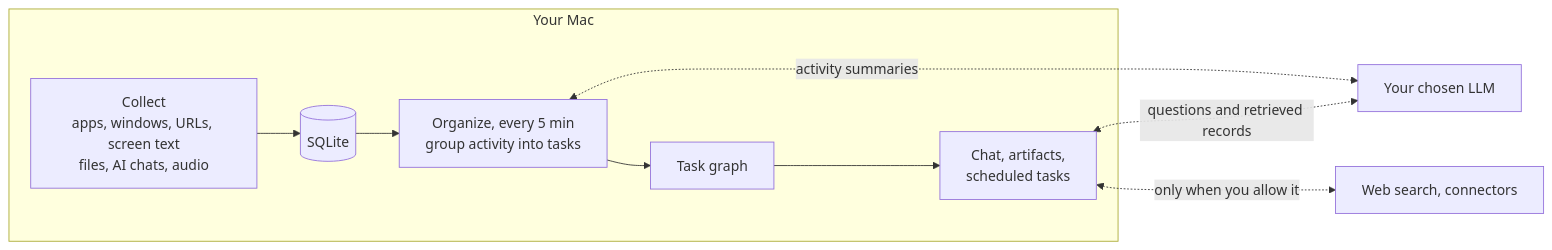
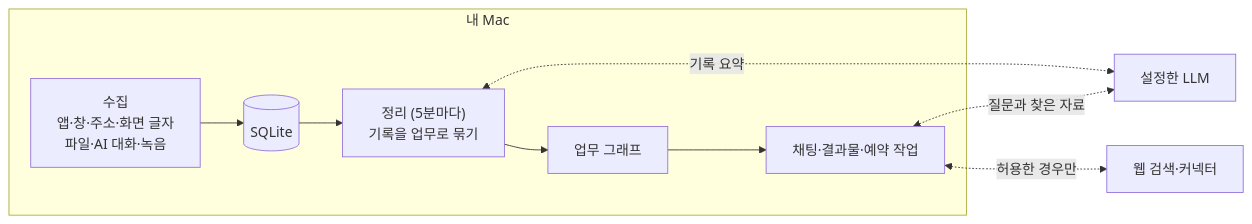
One commit to sillog-admin/SILLOG changed the diagram in README.md. Above: the diagram before and after it, drawn with Mermaid. The commit also changed other lines of this file and 4 other files, not shown here.

````diff
--- a/README.md
+++ b/README.md
@@ -92,12 +90,12 @@
 ```mermaid
 flowchart LR
-    subgraph mac["Your Mac"]
-        A["Collect<br/>apps, windows, URLs, screen text<br/>files, AI chats, audio"] --> DB[("SQLite")]
-        DB --> B["Organize, every 5 min<br/>group activity into tasks"]
-        B --> G["Task graph"]
-        G --> C["Chat, artifacts,<br/>scheduled tasks"]
+    subgraph mac["내 Mac"]
+        A["수집<br/>앱·창·주소·화면 글자<br/>파일·AI 대화·녹음"] --> DB[("SQLite")]
+        DB --> B["정리 (5분마다)<br/>기록을 업무로 묶기"]
+        B --> G["업무 그래프"]
+        G --> C["채팅·결과물·예약 작업"]
     end
-    B <-. "activity summaries" .-> LLM["Your chosen LLM"]
-    C <-. "questions and retrieved records" .-> LLM
-    C <-. "only when you allow it" .-> EXT["Web search, connectors"]
+    B <-. "기록 요약" .-> LLM["설정한 LLM"]
+    C <-. "질문과 찾은 자료" .-> LLM
+    C <-. "허용한 경우만" .-> EXT["웹 검색·커넥터"]
 ```
````
